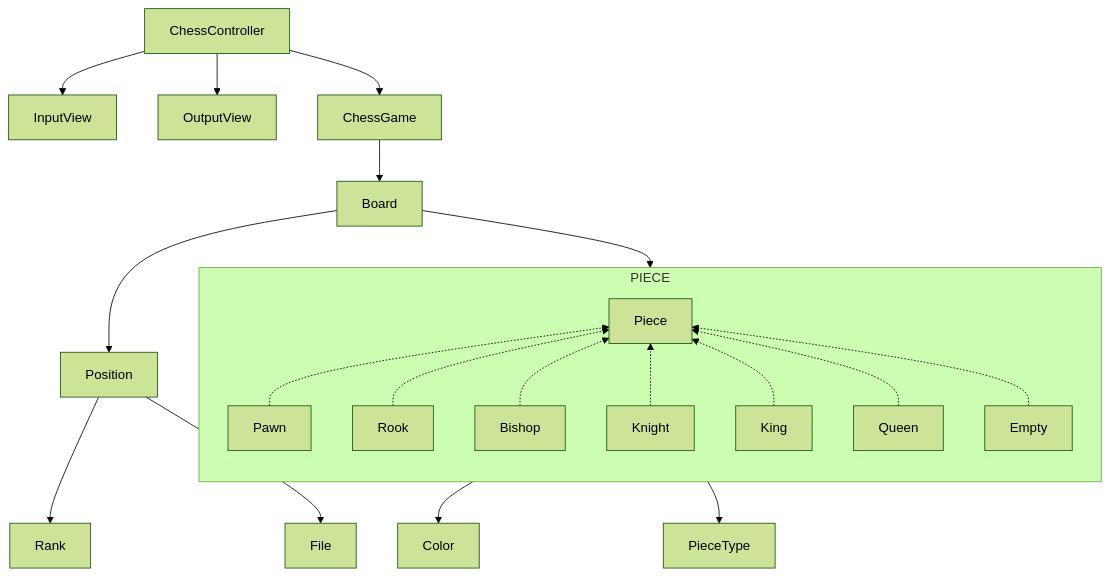
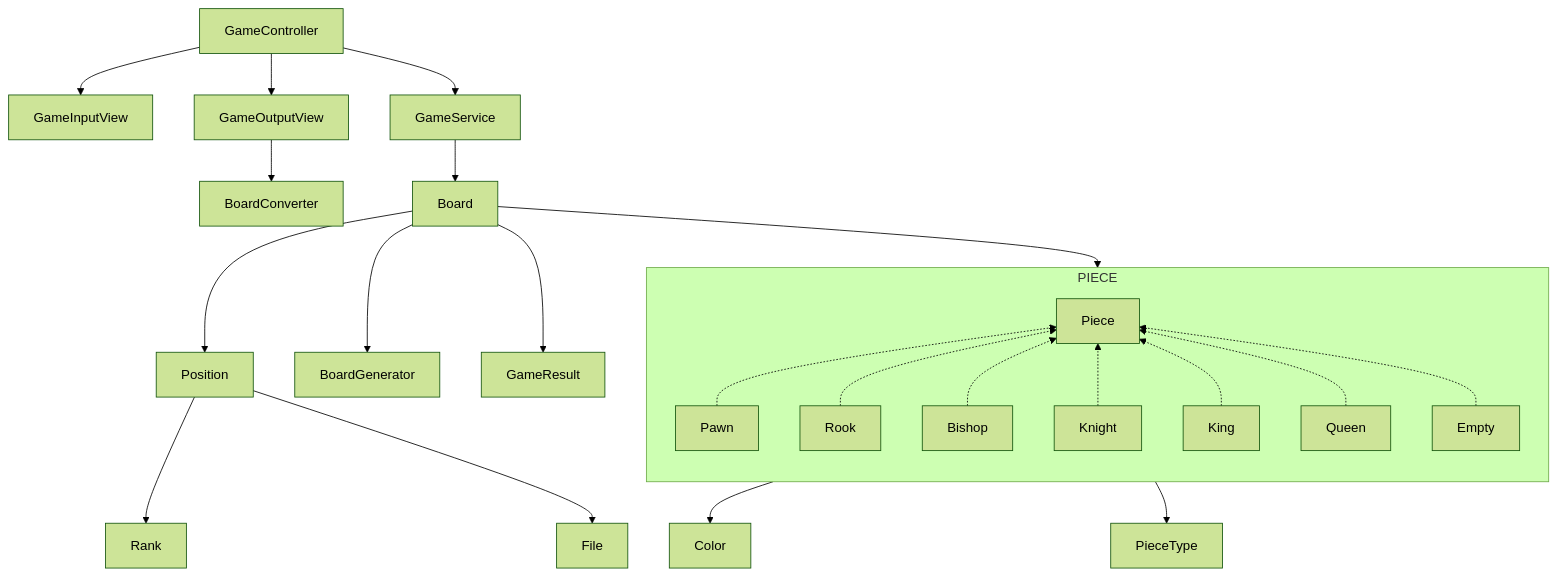
The second of 2 diagrams in README.md (woowacourse/java-chess), drawn with Mermaid (forest theme) before and after one commit. The commit also changed other lines of this file and 112 other files, not shown here.

````diff
--- a/README.md
+++ b/README.md
@@ -43,27 +148,28 @@
 ```mermaid
 graph TD
-    ChessController --> InputView
-    ChessController --> OutputView
+    GameController --> GameInputView
+    GameController --> GameOutputView --> BoardConverter
 
-    ChessController --> ChessGame
-    ChessGame --> Board
-
+    GameController --> GameService
+    GameService --> Board
+    Board --> BoardGenerator
+    Board --> GameResult
     Position --> Rank
     Position --> File
 
     Board --> Position
     Board --> PIECE
     PIECE --> Color
     PIECE --> PieceType
 
     subgraph PIECE
         direction BT
         Pawn -.-> Piece
         Rook -.-> Piece
         Bishop -.-> Piece
         Knight -.-> Piece
         King -.-> Piece
         Queen -.-> Piece
         Empty -.-> Piece
     end
 ```
````
